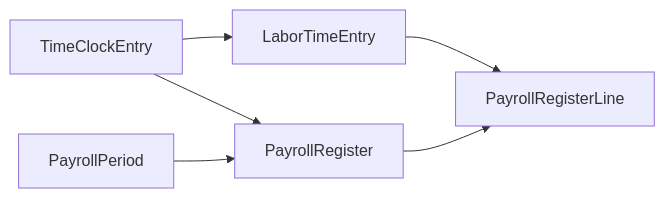
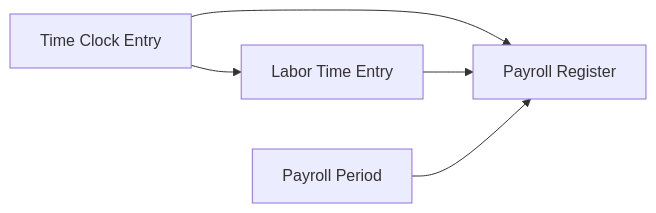
One commit to mmcodesso/greenfield_database changed the third of 6 diagrams in docs/processes/payroll.md. Above: the diagram before and after it, drawn with Mermaid. The commit also changed other lines of this file and 6 other files, not shown here.

````diff
--- a/docs/processes/payroll.md
+++ b/docs/processes/payroll.md
@@ -133,13 +133,12 @@
 ```mermaid
 flowchart LR
-    TCE[TimeClockEntry]
-    LTE[LaborTimeEntry]
-    PP[PayrollPeriod]
-    PR[PayrollRegister]
-    PRL[PayrollRegisterLine]
+    TCE[Time Clock Entry]
+    LTE[Labor Time Entry]
+    PP[Payroll Period]
+    PR[Payroll Register]
+
 
     TCE --> PR
-    TCE --> LTE --> PRL
+    TCE --> LTE --> PR
     PP --> PR
-    PR --> PRL
 ```
````
